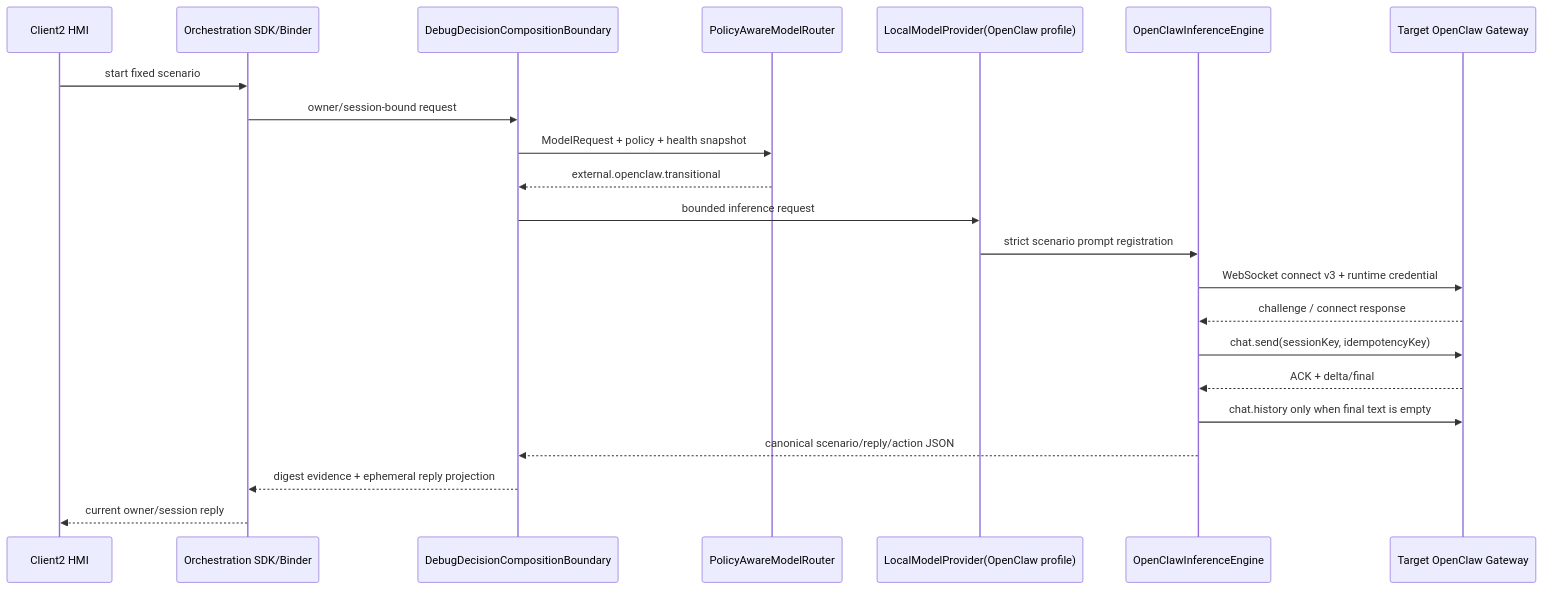
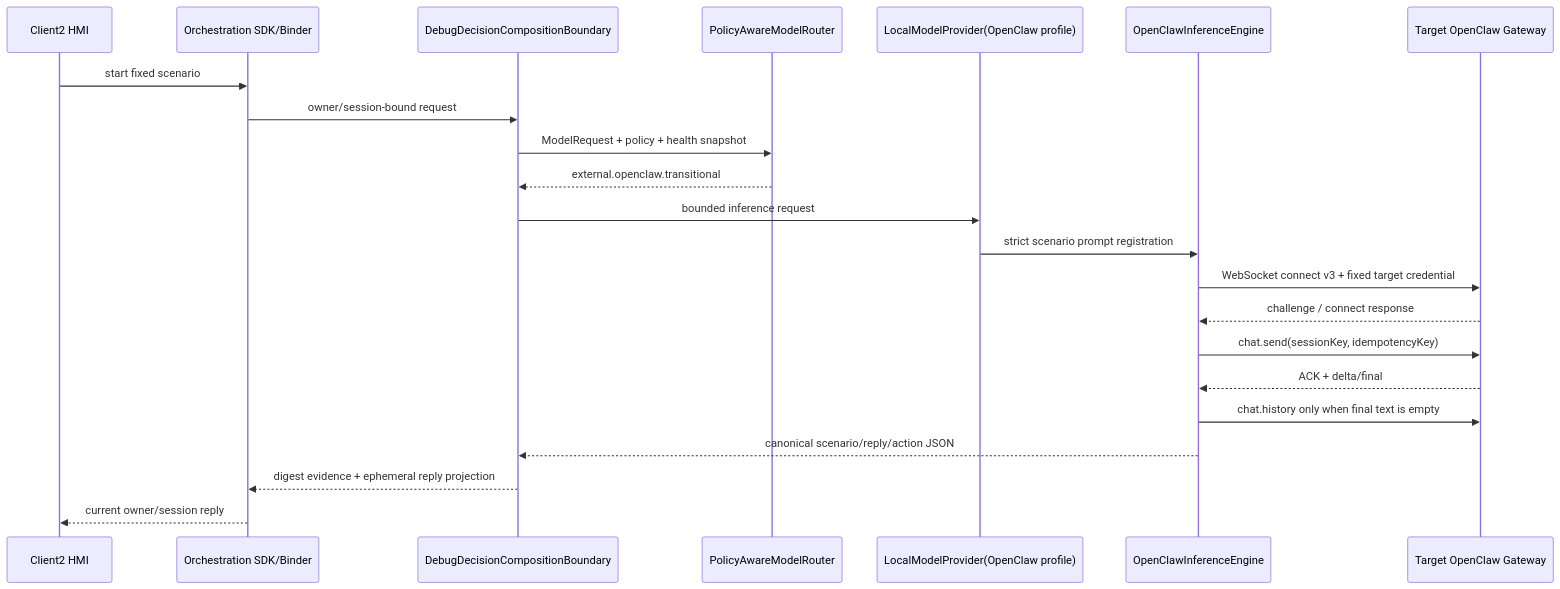
Before and after one commit to LucasWEIchen/CougarOS: the diagram in docs/CENTRAL_BRAIN_OPENCLAW_TARGET_GATEWAY.md, drawn with Mermaid. The commit also changed other lines of this file and 55 other files, not shown here.

````diff
--- a/docs/CENTRAL_BRAIN_OPENCLAW_TARGET_GATEWAY.md
+++ b/docs/CENTRAL_BRAIN_OPENCLAW_TARGET_GATEWAY.md
@@ -25,25 +27,25 @@
 ```mermaid
 sequenceDiagram
     participant HMI as Client2 HMI
     participant SDK as Orchestration SDK/Binder
     participant D as DebugDecisionCompositionBoundary
     participant R as PolicyAwareModelRouter
     participant P as LocalModelProvider(OpenClaw profile)
     participant G as OpenClawInferenceEngine
     participant O as Target OpenClaw Gateway
 
     HMI->>SDK: start fixed scenario
     SDK->>D: owner/session-bound request
     D->>R: ModelRequest + policy + health snapshot
     R-->>D: external.openclaw.transitional
     D->>P: bounded inference request
     P->>G: strict scenario prompt registration
-    G->>O: WebSocket connect v3 + runtime credential
+    G->>O: WebSocket connect v3 + fixed target credential
     O-->>G: challenge / connect response
     G->>O: chat.send(sessionKey, idempotencyKey)
     O-->>G: ACK + delta/final
     G->>O: chat.history only when final text is empty
     G-->>D: canonical scenario/reply/action JSON
     D-->>SDK: digest evidence + ephemeral reply projection
     SDK-->>HMI: current owner/session reply
 ```
````
